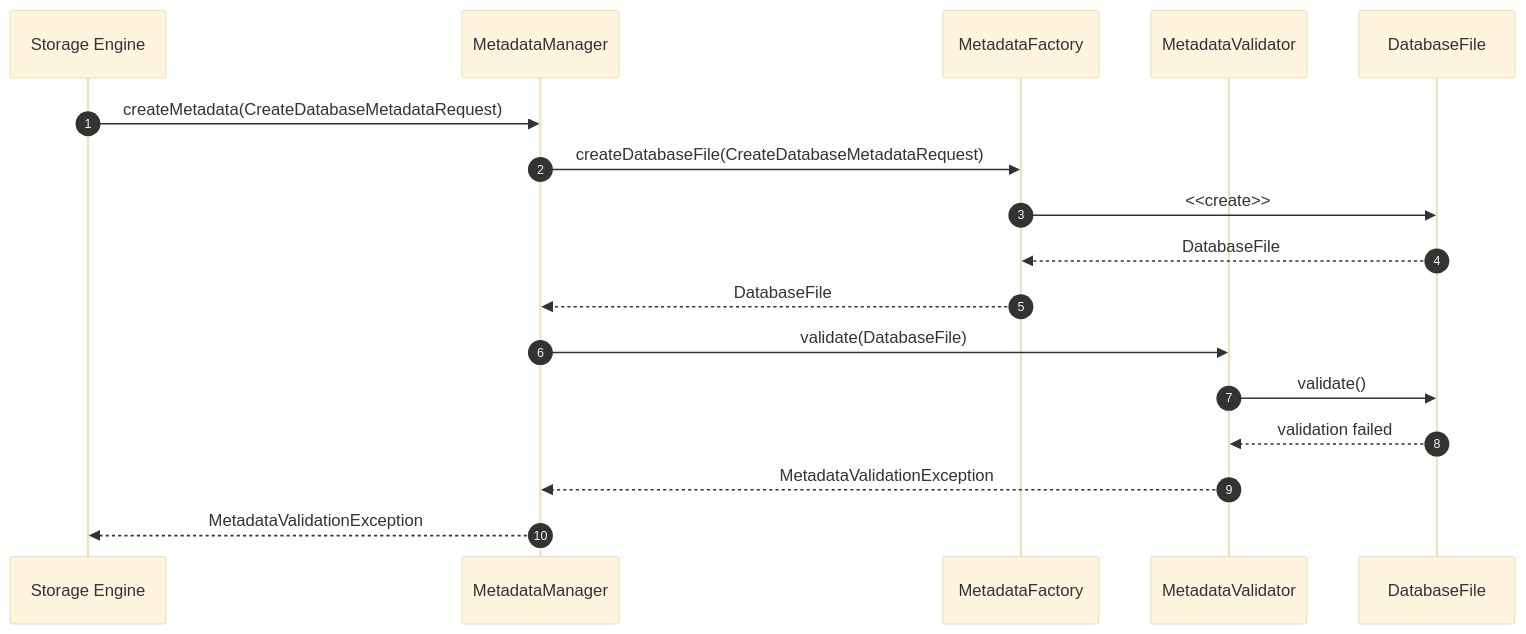
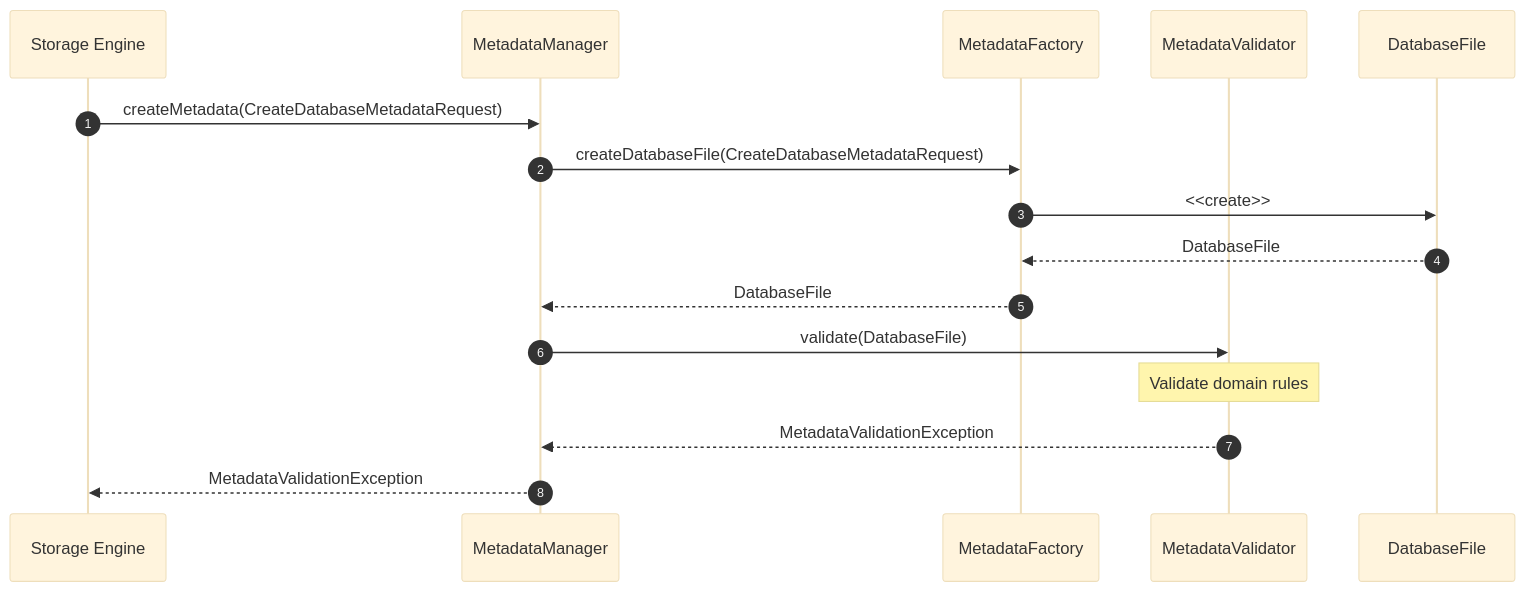
Before and after one commit to Huy1801214/dbms-architecture: the fifth of 6 diagrams in docs/data-storage-and-access/file-management/file-metadata/sequence-diagrams/01-create-database-metadata.md, drawn with Mermaid (base theme). The commit also changed other lines of this file and 39 other files, not shown here.

````diff
--- a/docs/data-storage-and-access/file-management/file-metadata/sequence-diagrams/01-create-database-metadata.md
+++ b/docs/data-storage-and-access/file-management/file-metadata/sequence-diagrams/01-create-database-metadata.md
@@ -136,24 +136,22 @@
 ```mermaid
 sequenceDiagram
     autonumber
 
     participant SE as Storage Engine
     participant MM as MetadataManager
     participant MF as MetadataFactory
     participant MV as MetadataValidator
     participant DF as DatabaseFile
 
     SE->>MM: createMetadata(CreateDatabaseMetadataRequest)
 
     MM->>MF: createDatabaseFile(CreateDatabaseMetadataRequest)
     MF->>DF: <<create>>
     DF-->>MF: DatabaseFile
     MF-->>MM: DatabaseFile
 
     MM->>MV: validate(DatabaseFile)
-    MV->>DF: validate()
-    DF-->>MV: validation failed
-
+    Note over MV: Validate domain rules
     MV-->>MM: MetadataValidationException
     MM-->>SE: MetadataValidationException
 ```
````
